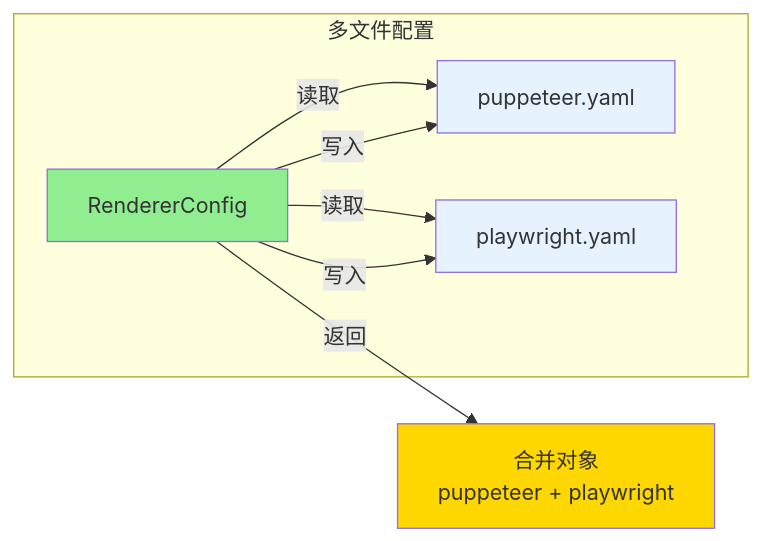
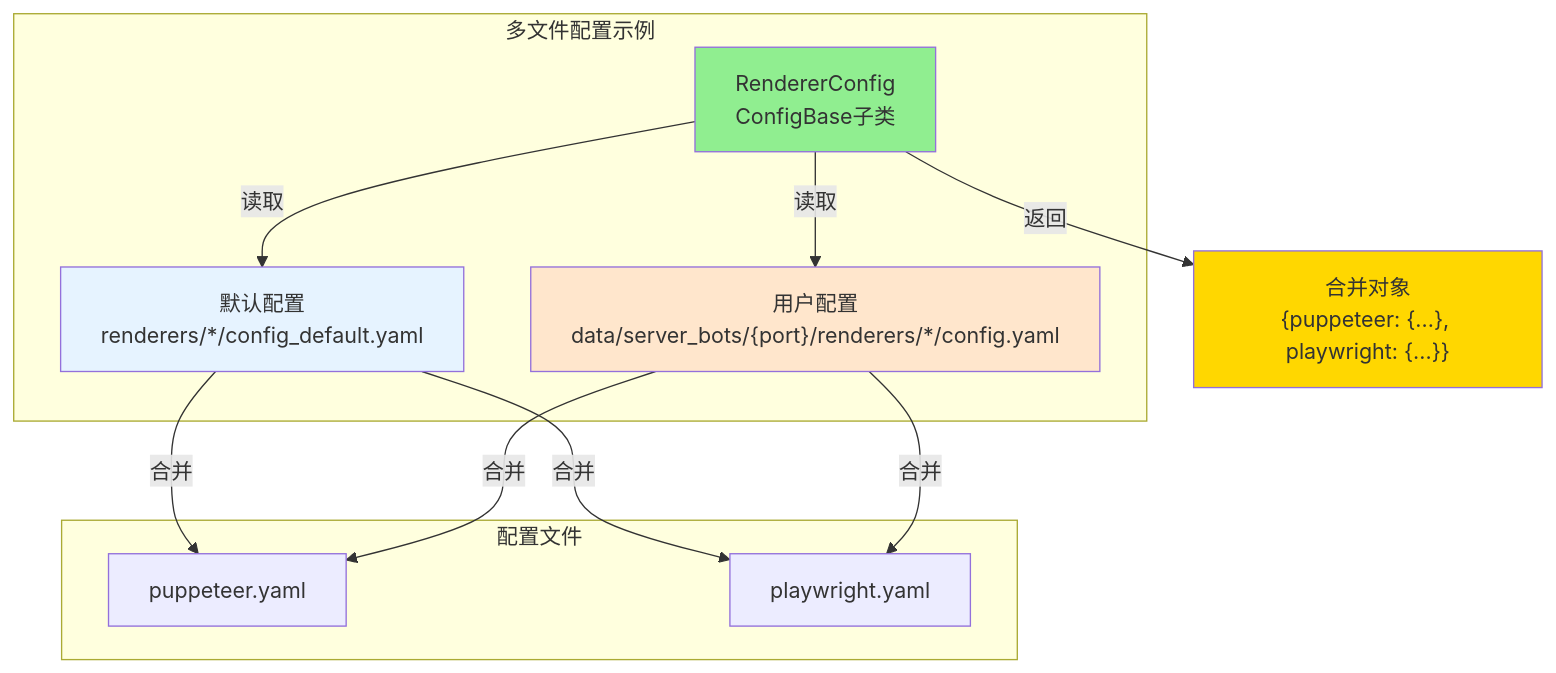
The second of 3 diagrams in docs/config-base.md (sunflowermm/XRK-AGT), drawn with Mermaid before and after one commit. The commit also changed other lines of this file and 8 other files, not shown here.

````diff
--- a/docs/config-base.md
+++ b/docs/config-base.md
@@ -128,20 +131,26 @@
 ```mermaid
-flowchart LR
-    subgraph MultiFile["多文件配置"]
-        Config["RendererConfig"]
+flowchart TB
+    subgraph MultiFile["多文件配置示例"]
+        Config["RendererConfig<br/>ConfigBase子类"]
+        Default["默认配置<br/>renderers/*/config_default.yaml"]
+        User["用户配置<br/>data/server_bots/{port}/renderers/*/config.yaml"]
+    end
+    
+    subgraph Files["配置文件"]
         Puppeteer["puppeteer.yaml"]
         Playwright["playwright.yaml"]
     end
     
-    Config -->|读取| Puppeteer
-    Config -->|读取| Playwright
-    Config -->|写入| Puppeteer
-    Config -->|写入| Playwright
-    
-    Config -->|返回| Result["合并对象<br/>puppeteer + playwright"]
+    Config -->|读取| Default
+    Config -->|读取| User
+    Default -->|合并| Puppeteer
+    User -->|合并| Puppeteer
+    Default -->|合并| Playwright
+    User -->|合并| Playwright
+    Config -->|返回| Result["合并对象<br/>{puppeteer: {...}, playwright: {...}}"]
     
     style Config fill:#90EE90
-    style Puppeteer fill:#E6F3FF
-    style Playwright fill:#E6F3FF
+    style Default fill:#E6F3FF
+    style User fill:#FFE6CC
     style Result fill:#FFD700
 ```
````
